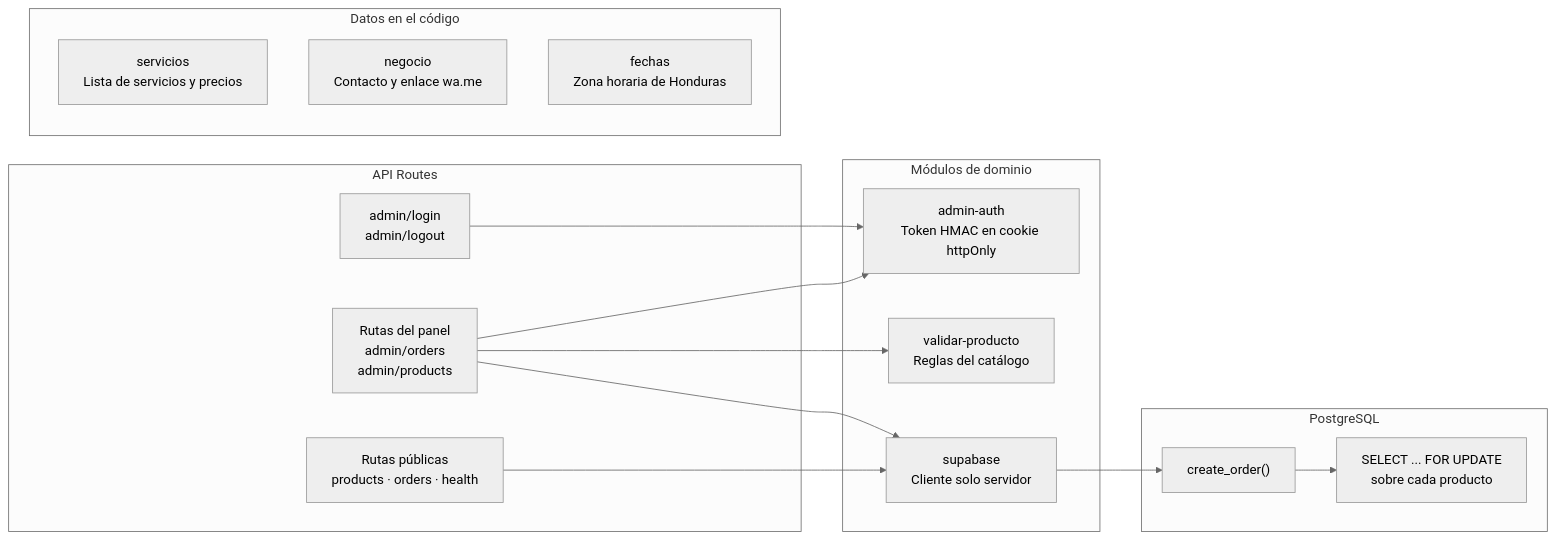
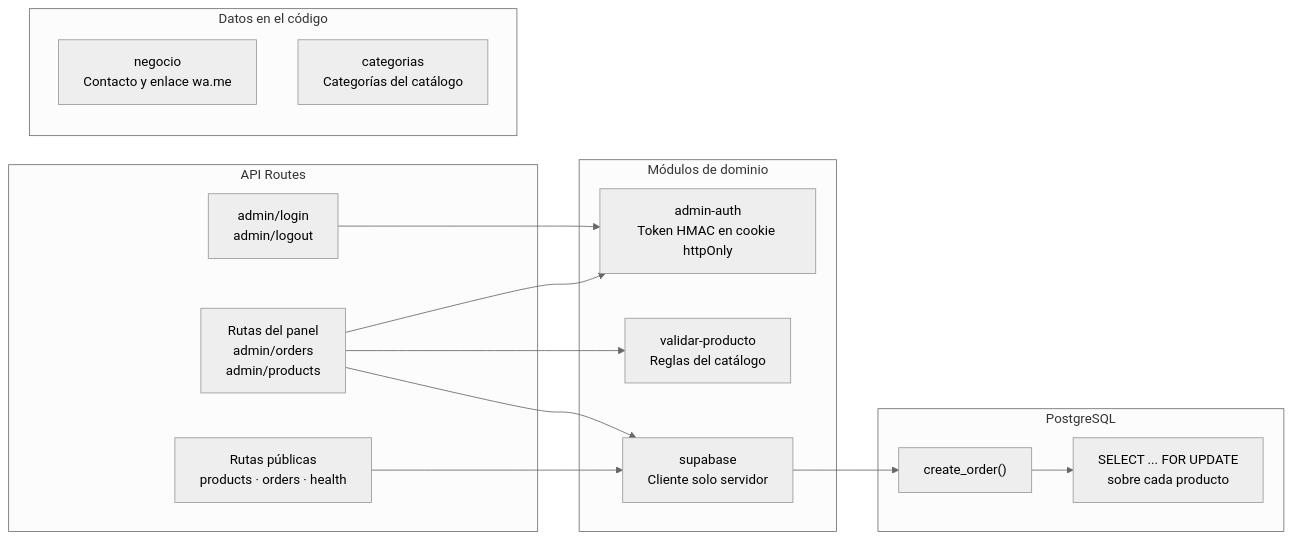
The third of 7 diagrams in docs/arquitectura.md (Alejandro-Paz05/Proyecto_ISW2), drawn with Mermaid (neutral theme) before and after one commit. The commit also changed other lines of this file and 20 other files, not shown here.

````diff
--- a/docs/arquitectura.md
+++ b/docs/arquitectura.md
@@ -98,33 +98,32 @@
 ```mermaid
 flowchart LR
     subgraph rutas["API Routes"]
         publicas["Rutas públicas<br/>products · orders · health"]
         privadas["Rutas del panel<br/>admin/orders<br/>admin/products"]
         login["admin/login<br/>admin/logout"]
     end
 
     subgraph modulos["Módulos de dominio"]
         auth["admin-auth<br/>Token HMAC en cookie httpOnly"]
         validar["validar-producto<br/>Reglas del catálogo"]
         cliente["supabase<br/>Cliente solo servidor"]
     end
 
     subgraph estaticos["Datos en el código"]
-        servicios["servicios<br/>Lista de servicios y precios"]
         negocio["negocio<br/>Contacto y enlace wa.me"]
-        fechas["fechas<br/>Zona horaria de Honduras"]
+        categorias["categorias<br/>Categorías del catálogo"]
     end
 
     subgraph base["PostgreSQL"]
         co["create_order()"]
         lock["SELECT ... FOR UPDATE<br/>sobre cada producto"]
     end
 
     publicas --> cliente
     privadas --> auth
     privadas --> validar
     privadas --> cliente
     login --> auth
     cliente --> co
     co --> lock
 ```
````
